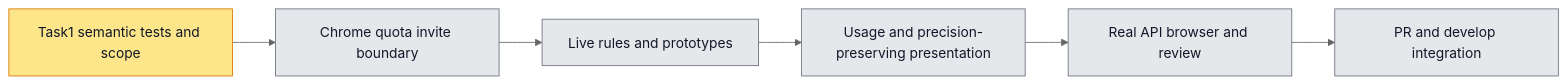
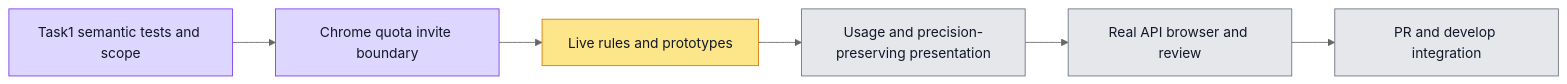
One commit to boardx/workspacex changed the diagram in evidence/admin-member-quotas-i18n-6212/admin-member-quotas-6212.md. Above: the diagram before and after it, drawn with Mermaid (neutral theme). The commit also changed 1 other file, not shown here.

Commit message:
docs(i18n): record quota validation and policy implementation boundary (#6212)

````diff
--- a/evidence/admin-member-quotas-i18n-6212/admin-member-quotas-6212.md
+++ b/evidence/admin-member-quotas-i18n-6212/admin-member-quotas-6212.md
@@ -24,9 +24,9 @@
 ```mermaid
 flowchart LR
- A[Task1 semantic tests and scope]:::doing --> B[Chrome quota invite boundary]:::todo --> C[Live rules and prototypes]:::todo --> D[Usage and precision-preserving presentation]:::todo --> E[Real API browser and review]:::todo --> F[PR and develop integration]:::todo
+ A[Task1 semantic tests and scope]:::tested --> B[Chrome quota invite boundary]:::tested --> C[Live rules and prototypes]:::doing --> D[Usage and precision-preserving presentation]:::todo --> E[Real API browser and review]:::todo --> F[PR and develop integration]:::todo
  classDef todo fill:#e5e7eb,stroke:#6b7280,color:#111827
  classDef doing fill:#fde68a,stroke:#d97706,color:#111827
  classDef done fill:#bbf7d0,stroke:#16a34a,color:#111827
  classDef tested fill:#ddd6fe,stroke:#7c3aed,color:#111827
  classDef blocked fill:#fecaca,stroke:#dc2626,color:#111827
 ```
````
